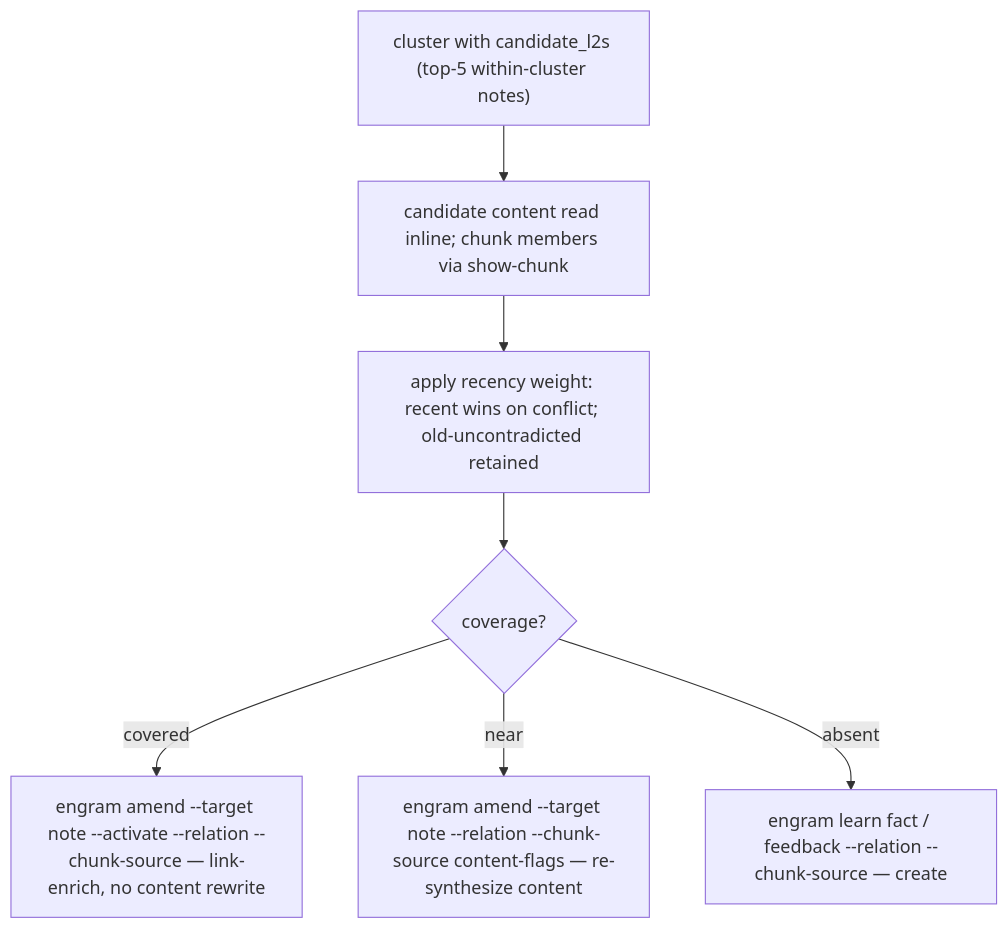
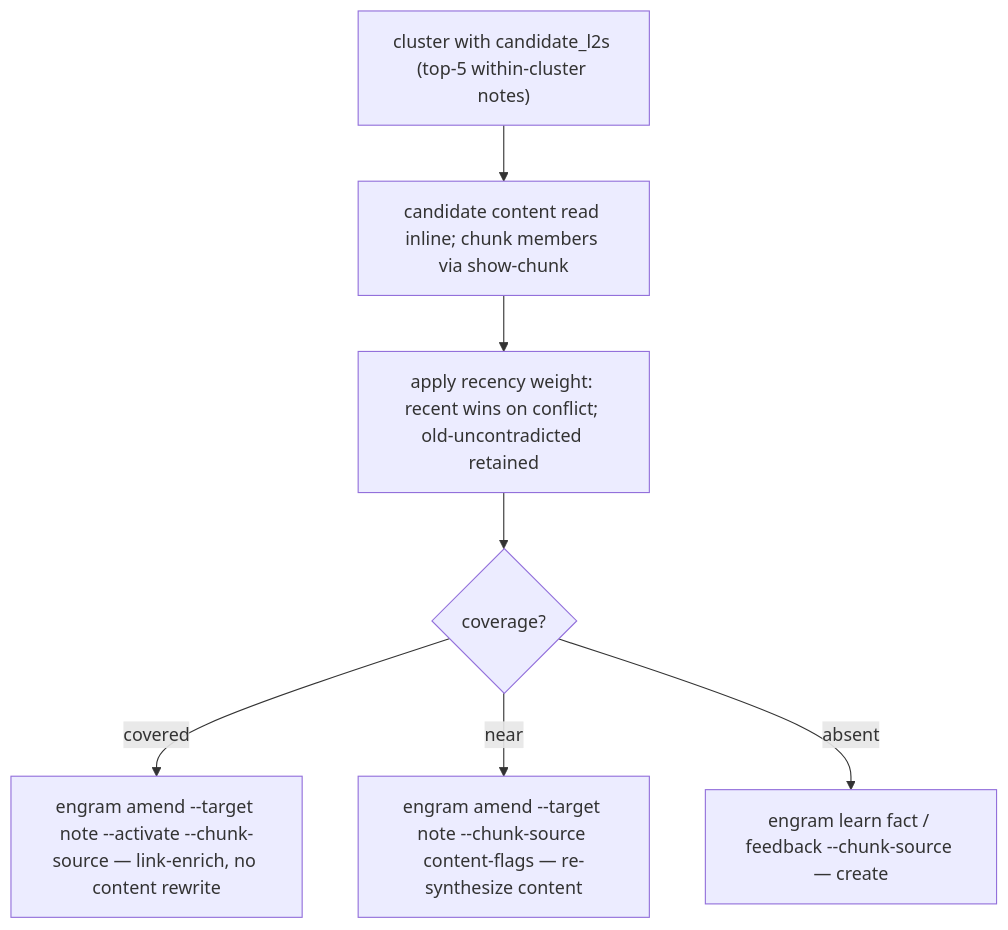
Before and after one commit to toejough/engram: the fifth of 5 diagrams in docs/architecture/c2-containers.md, drawn with Mermaid. The commit also changed other lines of this file and 7 other files, not shown here.

````diff
--- a/docs/architecture/c2-containers.md
+++ b/docs/architecture/c2-containers.md
@@ -180,9 +180,9 @@
 ```mermaid
 flowchart TD
     A["cluster with candidate_l2s (top-5 within-cluster notes)"] --> B["candidate content read inline; chunk members via show-chunk"]
     B --> C["apply recency weight: recent wins on conflict; old-uncontradicted retained"]
     C --> D{coverage?}
-    D -->|covered| E["engram amend --target note --activate --relation --chunk-source — link-enrich, no content rewrite"]
-    D -->|near| F["engram amend --target note --relation --chunk-source content-flags — re-synthesize content"]
-    D -->|absent| G["engram learn fact / feedback --relation --chunk-source — create"]
+    D -->|covered| E["engram amend --target note --activate --chunk-source — link-enrich, no content rewrite"]
+    D -->|near| F["engram amend --target note --chunk-source content-flags — re-synthesize content"]
+    D -->|absent| G["engram learn fact / feedback --chunk-source — create"]
 ```
````
